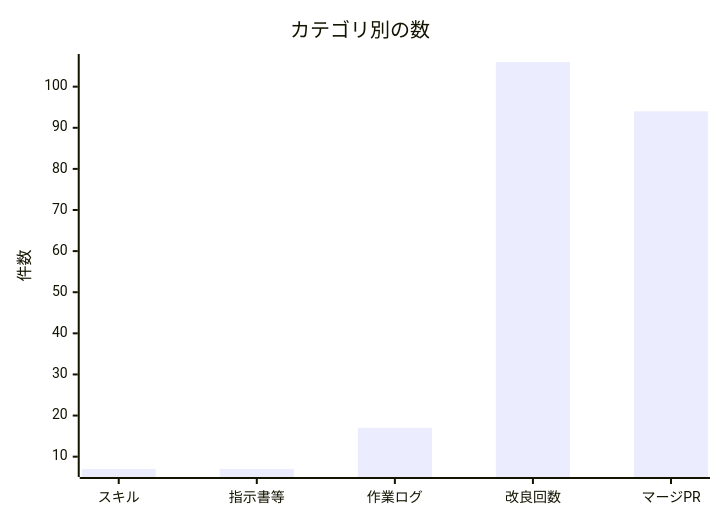
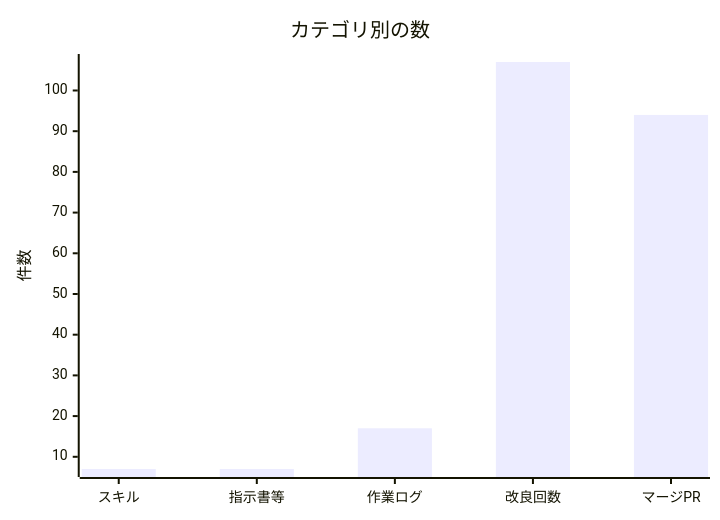
One commit to non-x2/non-x2 changed the second of 2 diagrams in docs/進化レポート.md. Above: the diagram before and after it, drawn with Mermaid. The commit also changed other lines of this file and 1 other file, not shown here.

````diff
--- a/docs/進化レポート.md
+++ b/docs/進化レポート.md
@@ -33,7 +33,7 @@
 ```mermaid
 xychart-beta
     title "カテゴリ別の数"
     x-axis ["スキル", "指示書等", "作業ログ", "改良回数", "マージPR"]
     y-axis "件数"
-    bar [7, 7, 17, 106, 94]
+    bar [7, 7, 17, 107, 94]
 ```
````
